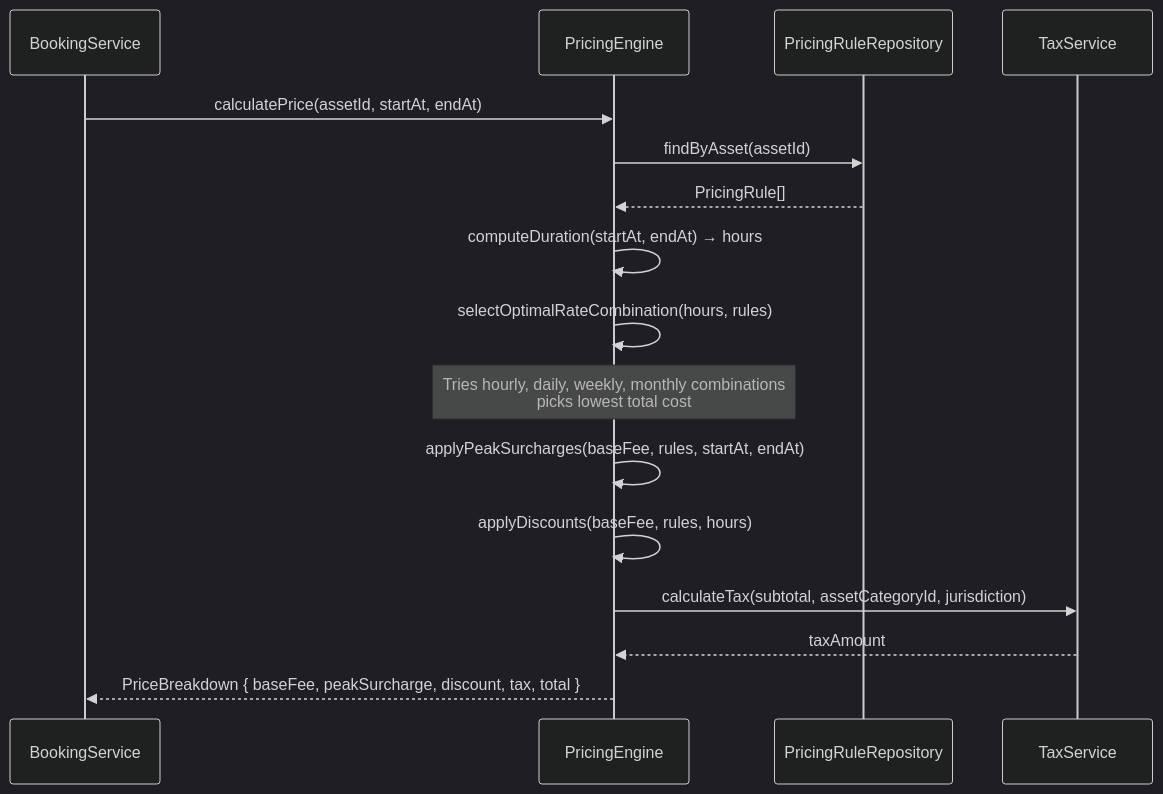
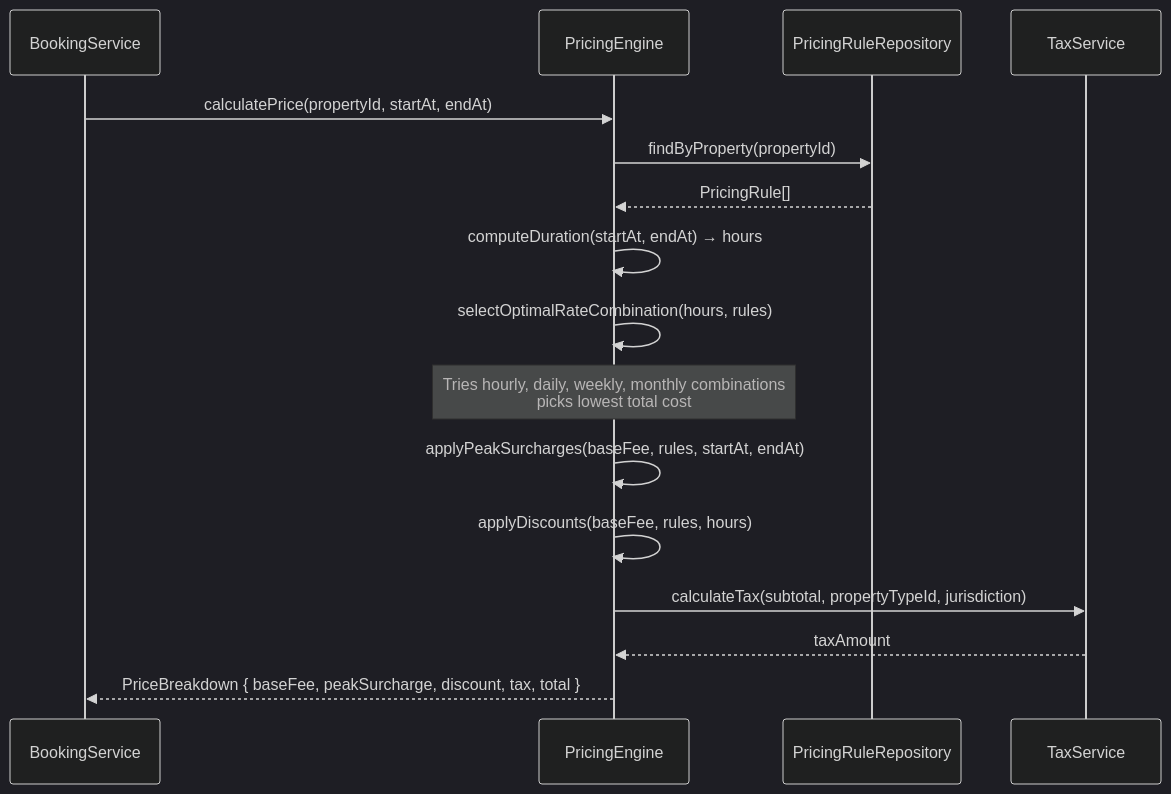
Before and after one commit to 0Ankit0/meroghar: the third of 5 diagrams in docs/detailed-design/sequence-diagrams.md, drawn with Mermaid (dark theme). The commit also changed other lines of this file and 13 other files, not shown here.

````diff
--- a/docs/detailed-design/sequence-diagrams.md
+++ b/docs/detailed-design/sequence-diagrams.md
@@ -94,24 +94,24 @@
 ```mermaid
 sequenceDiagram
     participant BookingSvc as BookingService
     participant PricingEng as PricingEngine
     participant RuleRepo as PricingRuleRepository
     participant TaxSvc as TaxService
 
-    BookingSvc->>PricingEng: calculatePrice(assetId, startAt, endAt)
+    BookingSvc->>PricingEng: calculatePrice(propertyId, startAt, endAt)
 
-    PricingEng->>RuleRepo: findByAsset(assetId)
+    PricingEng->>RuleRepo: findByProperty(propertyId)
     RuleRepo-->>PricingEng: PricingRule[]
 
     PricingEng->>PricingEng: computeDuration(startAt, endAt) → hours
     PricingEng->>PricingEng: selectOptimalRateCombination(hours, rules)
     note over PricingEng: Tries hourly, daily, weekly, monthly combinations<br/>picks lowest total cost
 
     PricingEng->>PricingEng: applyPeakSurcharges(baseFee, rules, startAt, endAt)
     PricingEng->>PricingEng: applyDiscounts(baseFee, rules, hours)
 
-    PricingEng->>TaxSvc: calculateTax(subtotal, assetCategoryId, jurisdiction)
+    PricingEng->>TaxSvc: calculateTax(subtotal, propertyTypeId, jurisdiction)
     TaxSvc-->>PricingEng: taxAmount
 
     PricingEng-->>BookingSvc: PriceBreakdown { baseFee, peakSurcharge, discount, tax, total }
 ```
````
